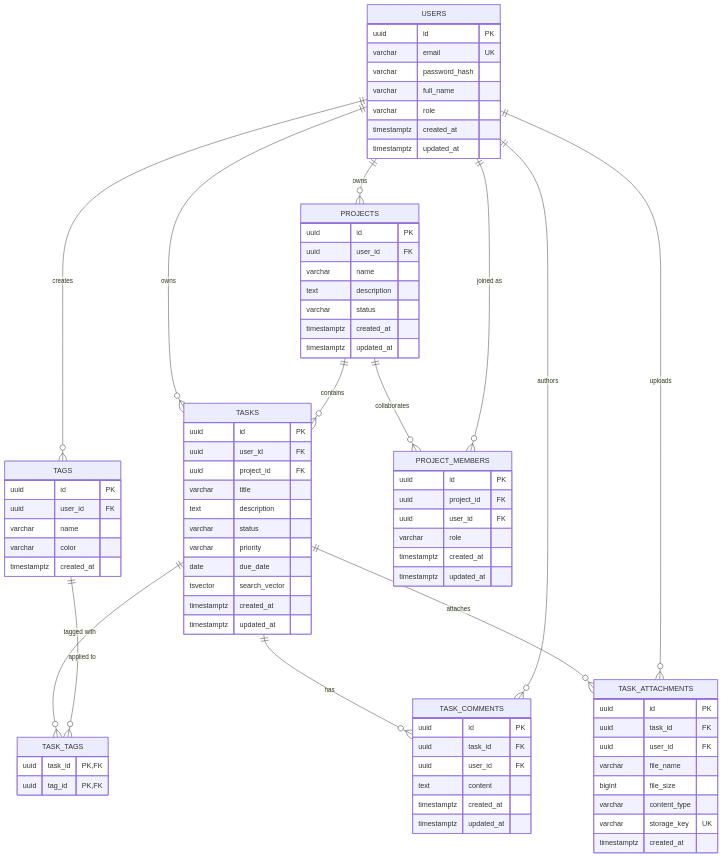
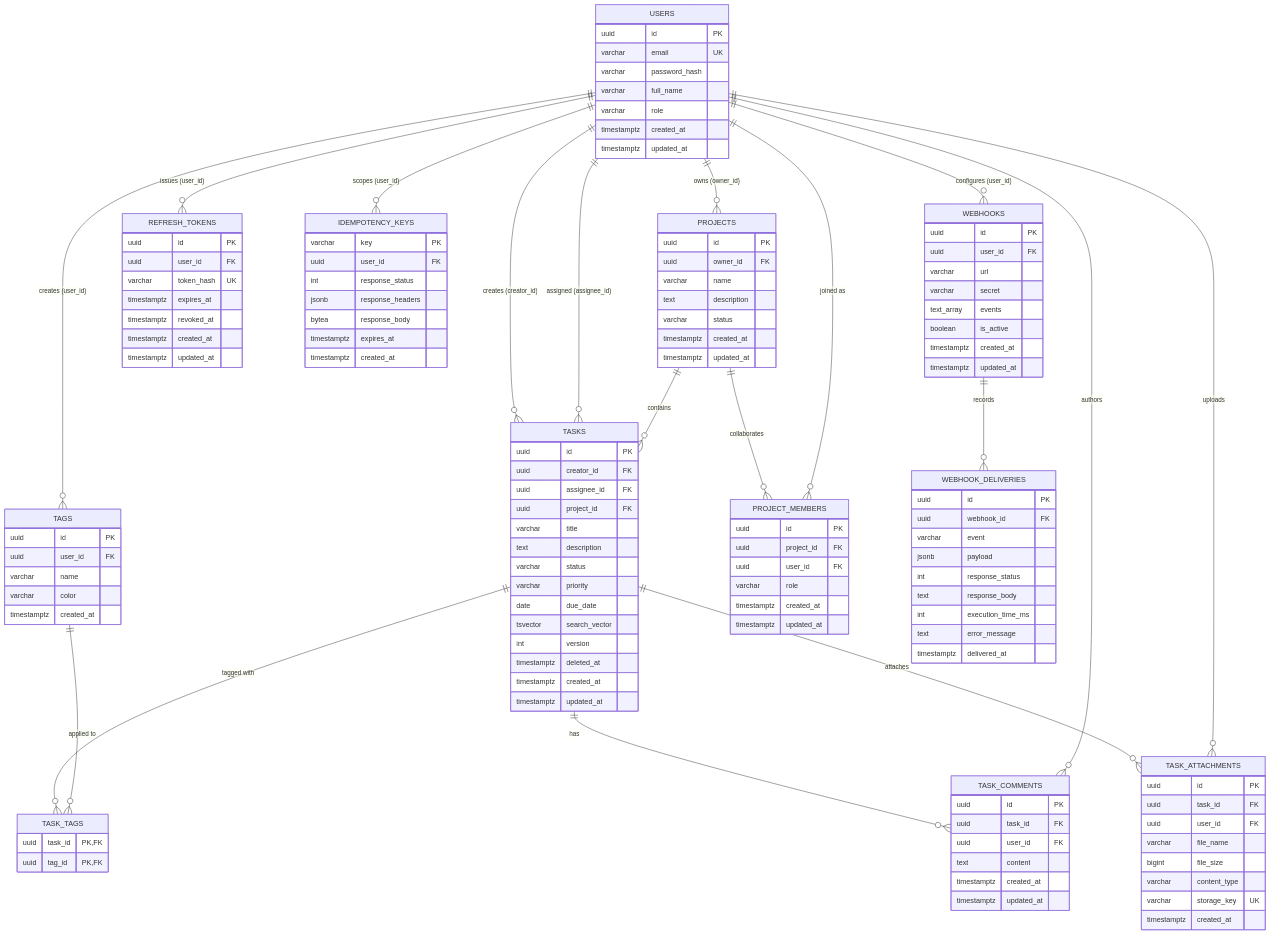
The second of 2 diagrams in README.md (NMHiepasd/task-manager-api), drawn with Mermaid before and after one commit. The commit also changed other lines of this file, not shown here.

Commit message:
docs: synchronize README, ERD, and environment documentation with production schema

````diff
--- a/README.md
+++ b/README.md
@@ -77,8 +77,12 @@
 ```mermaid
 erDiagram
-    USERS ||--o{ PROJECTS : "owns"
-    USERS ||--o{ TASKS : "owns"
-    USERS ||--o{ TAGS : "creates"
+    USERS ||--o{ PROJECTS : "owns (owner_id)"
+    USERS ||--o{ TASKS : "creates (creator_id)"
+    USERS ||--o{ TASKS : "assigned (assignee_id)"
+    USERS ||--o{ TAGS : "creates (user_id)"
+    USERS ||--o{ REFRESH_TOKENS : "issues (user_id)"
+    USERS ||--o{ IDEMPOTENCY_KEYS : "scopes (user_id)"
+    USERS ||--o{ WEBHOOKS : "configures (user_id)"
     PROJECTS ||--o{ TASKS : "contains"
     PROJECTS ||--o{ PROJECT_MEMBERS : "collaborates"
     USERS ||--o{ PROJECT_MEMBERS : "joined as"
@@ -88,6 +92,7 @@
     USERS ||--o{ TASK_COMMENTS : "authors"
     TASKS ||--o{ TASK_ATTACHMENTS : "attaches"
     USERS ||--o{ TASK_ATTACHMENTS : "uploads"
+    WEBHOOKS ||--o{ WEBHOOK_DELIVERIES : "records"
 
     USERS {
         uuid id PK
@@ -101,7 +106,7 @@
 
     PROJECTS {
         uuid id PK
-        uuid user_id FK
+        uuid owner_id FK
         varchar name
         text description
         varchar status
@@ -111,7 +116,8 @@
 
     TASKS {
         uuid id PK
-        uuid user_id FK
+        uuid creator_id FK
+        uuid assignee_id FK
         uuid project_id FK
         varchar title
         text description
@@ -119,6 +125,8 @@
         varchar priority
         date due_date
         tsvector search_vector
+        int version
+        timestamptz deleted_at
         timestamptz created_at
         timestamptz updated_at
     }
@@ -164,4 +172,47 @@
         varchar storage_key UK
         timestamptz created_at
     }
+
+    REFRESH_TOKENS {
+        uuid id PK
+        uuid user_id FK
+        varchar token_hash UK
+        timestamptz expires_at
+        timestamptz revoked_at
+        timestamptz created_at
+        timestamptz updated_at
+    }
+
+    IDEMPOTENCY_KEYS {
+        varchar key PK
+        uuid user_id FK
+        int response_status
+        jsonb response_headers
+        bytea response_body
+        timestamptz expires_at
+        timestamptz created_at
+    }
+
+    WEBHOOKS {
+        uuid id PK
+        uuid user_id FK
+        varchar url
+        varchar secret
+        text_array events
+        boolean is_active
+        timestamptz created_at
+        timestamptz updated_at
+    }
+
+    WEBHOOK_DELIVERIES {
+        uuid id PK
+        uuid webhook_id FK
+        varchar event
+        jsonb payload
+        int response_status
+        text response_body
+        int execution_time_ms
+        text error_message
+        timestamptz delivered_at
+    }
 ```
````
